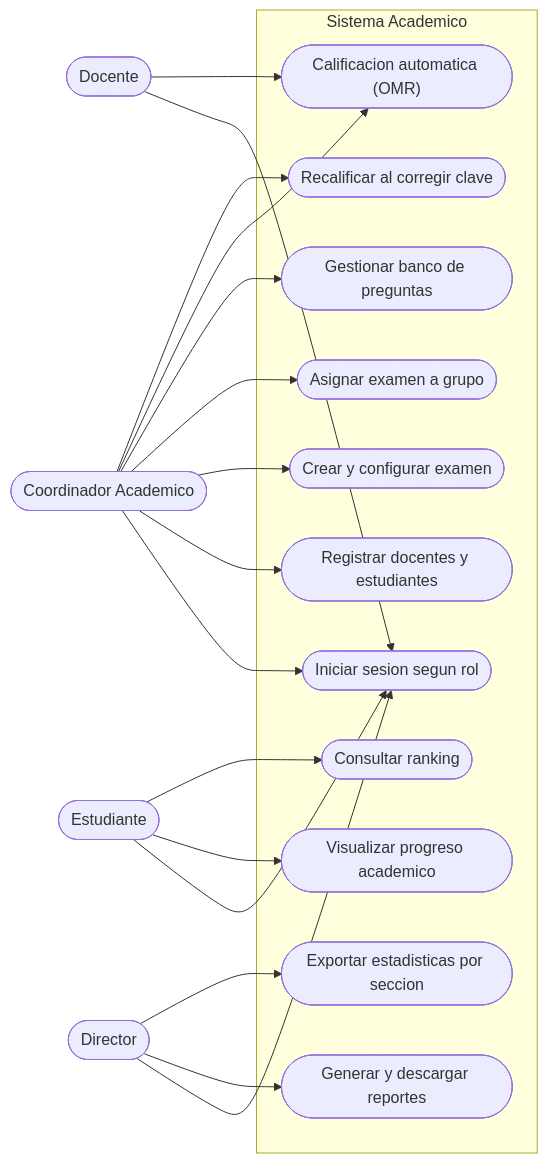
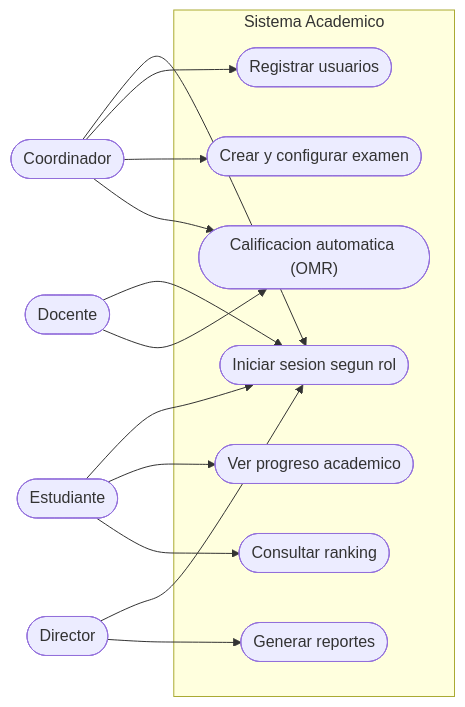
One commit to AlessandroDS3/SISTEMA_ACADEMICO_V2 changed the first of 2 diagrams in README.md. Above: the diagram before and after it, drawn with Mermaid. The commit also changed other lines of this file, not shown here.

````diff
--- a/README.md
+++ b/README.md
@@ -35,40 +23,22 @@
 ```mermaid
 flowchart LR
-    coordinador(["Coordinador Academico"])
+    coordinador(["Coordinador"])
     docente(["Docente"])
     estudiante(["Estudiante"])
     director(["Director"])
 
     subgraph Sistema Academico
-        uc_login(["Iniciar sesion segun rol"])
-        uc_usuarios(["Registrar docentes y estudiantes"])
-        uc_examen(["Crear y configurar examen"])
-        uc_asignar(["Asignar examen a grupo"])
-        uc_banco(["Gestionar banco de preguntas"])
-        uc_calificar(["Calificacion automatica (OMR)"])
-        uc_recalificar(["Recalificar al corregir clave"])
-        uc_progreso(["Visualizar progreso academico"])
-        uc_ranking(["Consultar ranking"])
-        uc_reporte(["Generar y descargar reportes"])
-        uc_estadisticas(["Exportar estadisticas por seccion"])
+        login(["Iniciar sesion segun rol"])
+        usuarios(["Registrar usuarios"])
+        examen(["Crear y configurar examen"])
+        calificar(["Calificacion automatica (OMR)"])
+        progreso(["Ver progreso academico"])
+        ranking(["Consultar ranking"])
+        reporte(["Generar reportes"])
     end
 
-    coordinador --> uc_login
-    coordinador --> uc_usuarios
-    coordinador --> uc_examen
-    coordinador --> uc_asignar
-    coordinador --> uc_banco
-    coordinador --> uc_calificar
-    coordinador --> uc_recalificar
-
-    docente --> uc_login
-    docente --> uc_calificar
-
-    estudiante --> uc_login
-    estudiante --> uc_progreso
-    estudiante --> uc_ranking
-
-    director --> uc_login
-    director --> uc_reporte
-    director --> uc_estadisticas
+    coordinador --> login & usuarios & examen & calificar
+    docente --> login & calificar
+    estudiante --> login & progreso & ranking
+    director --> login & reporte
 ```
````
